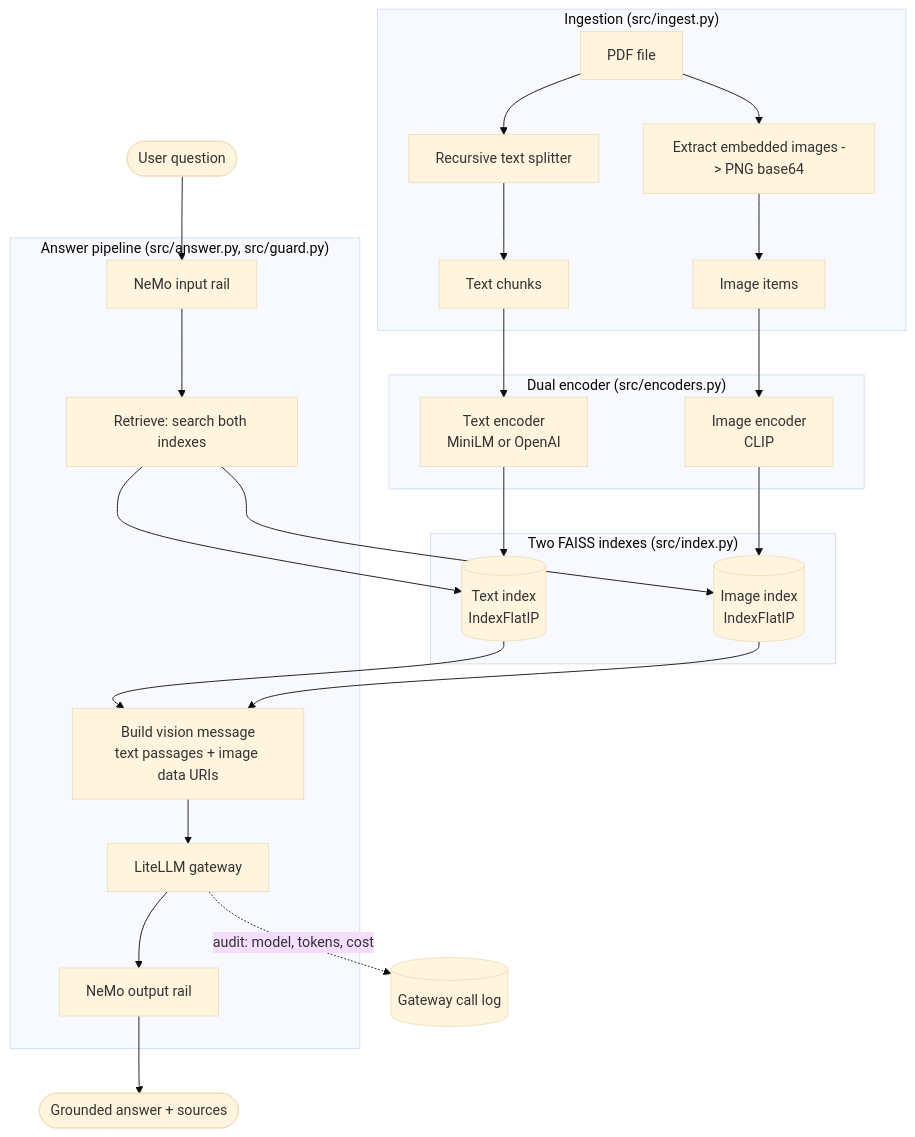
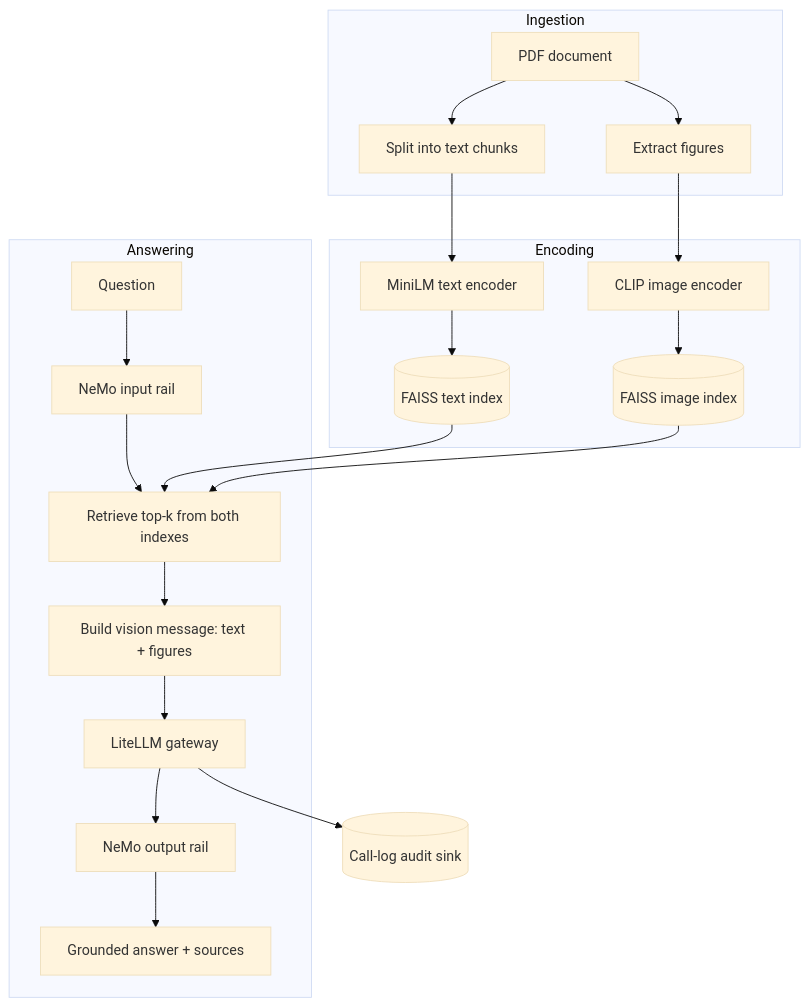
Before and after one commit to Amith-Ganta/multimodal-rag-guardrails: the first of 3 diagrams in README.md, drawn with Mermaid (base theme). The commit also changed other lines of this file and 1 other file, not shown here.

First line of the commit message:
Fix per-session PDF upload caching and rewrite README

````diff
--- a/README.md
+++ b/README.md
@@ -71,35 +40,27 @@
 ```mermaid
 flowchart TB
-    subgraph ingest["Ingestion  (src/ingest.py)"]
-        PDF[PDF file] --> SPLIT[Recursive text splitter]
-        PDF --> XIMG[Extract embedded images -> PNG base64]
-        SPLIT --> TC[Text chunks]
-        XIMG --> IM[Image items]
+    subgraph Ingestion
+        PDF[PDF document] --> Split[Split into text chunks]
+        PDF --> Images[Extract figures]
     end
 
-    subgraph enc["Dual encoder  (src/encoders.py)"]
-        TC --> TENC[Text encoder<br/>MiniLM or OpenAI]
-        IM --> IENC[Image encoder<br/>CLIP]
+    subgraph Encoding
+        Split --> MiniLM[MiniLM text encoder]
+        Images --> CLIP[CLIP image encoder]
+        MiniLM --> TextIdx[(FAISS text index)]
+        CLIP --> ImageIdx[(FAISS image index)]
     end
 
-    subgraph idx["Two FAISS indexes  (src/index.py)"]
-        TENC --> TIDX[(Text index<br/>IndexFlatIP)]
-        IENC --> IIDX[(Image index<br/>IndexFlatIP)]
+    subgraph Answering
+        Q[Question] --> InRail[NeMo input rail]
+        InRail --> Retrieve[Retrieve top-k from both indexes]
+        TextIdx --> Retrieve
+        ImageIdx --> Retrieve
+        Retrieve --> Vision[Build vision message: text + figures]
+        Vision --> Gateway[LiteLLM gateway]
+        Gateway --> OutRail[NeMo output rail]
+        OutRail --> Answer[Grounded answer + sources]
     end
 
-    Q([User question]) --> GUARD
-
-    subgraph answer["Answer pipeline  (src/answer.py, src/guard.py)"]
-        GUARD[NeMo input rail] --> RET[Retrieve: search both indexes]
-        RET --> TIDX
-        RET --> IIDX
-        TIDX --> MSG[Build vision message<br/>text passages + image data URIs]
-        IIDX --> MSG
-        MSG --> GW[LiteLLM gateway]
-        GW --> OUT[NeMo output rail]
-    end
-
-    OUT --> ANS([Grounded answer + sources])
-
-    GW -. audit: model, tokens, cost .-> LOG[(Gateway call log)]
+    Gateway --> AuditLog[(Call-log audit sink)]
 ```
````
